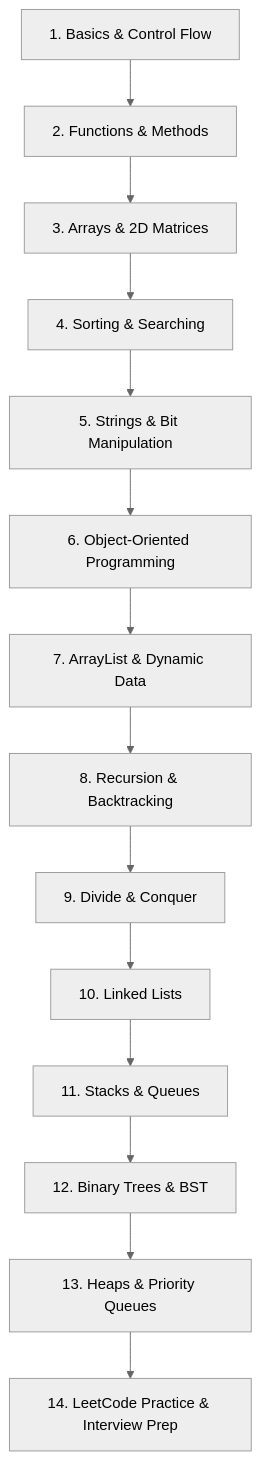
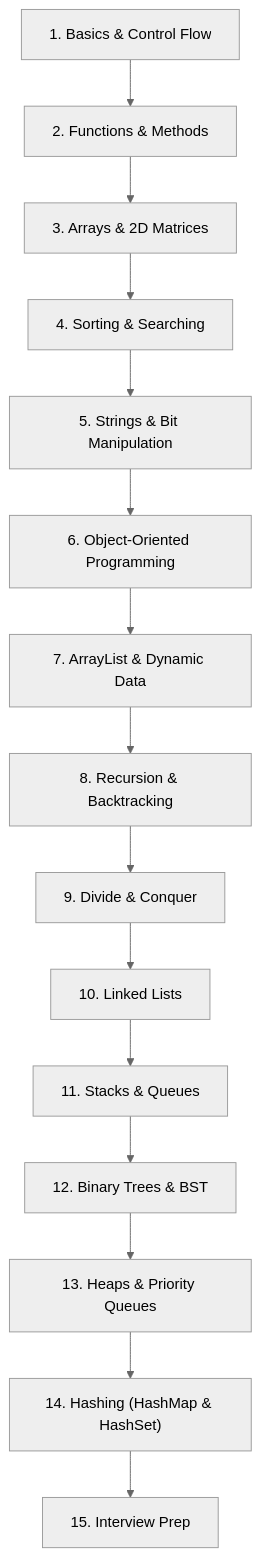
Before and after one commit to Divyansh-2309git/JAVA-FUNDAMENTALS---DSA: the diagram in README.md, drawn with Mermaid (neutral theme). The commit also changed other lines of this file and 16 other files, not shown here.

Commit message:
Hashing , HashMaps and HashSets and questions

````diff
--- a/README.md
+++ b/README.md
@@ -113,16 +110,17 @@
 ```mermaid
 graph TD
     A["1. Basics & Control Flow"] --> B["2. Functions & Methods"]
     B --> C["3. Arrays & 2D Matrices"]
     C --> D["4. Sorting & Searching"]
     D --> E["5. Strings & Bit Manipulation"]
     E --> F["6. Object-Oriented Programming"]
     F --> G["7. ArrayList & Dynamic Data"]
     G --> H["8. Recursion & Backtracking"]
     H --> I["9. Divide & Conquer"]
     I --> J["10. Linked Lists"]
     J --> K["11. Stacks & Queues"]
     K --> L["12. Binary Trees & BST"]
     L --> M["13. Heaps & Priority Queues"]
-    M --> N["14. LeetCode Practice & Interview Prep"]
+    M --> N["14. Hashing (HashMap & HashSet)"]
+    N --> O["15. Interview Prep"]
 ```
````
